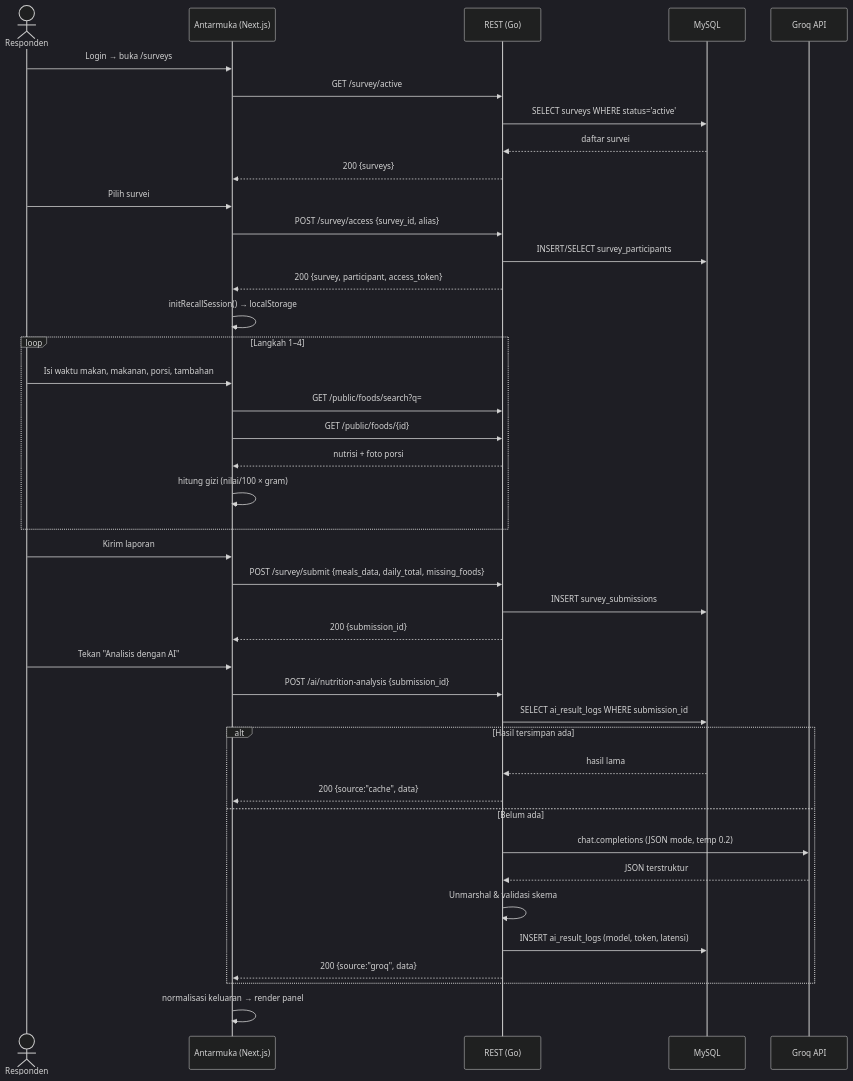
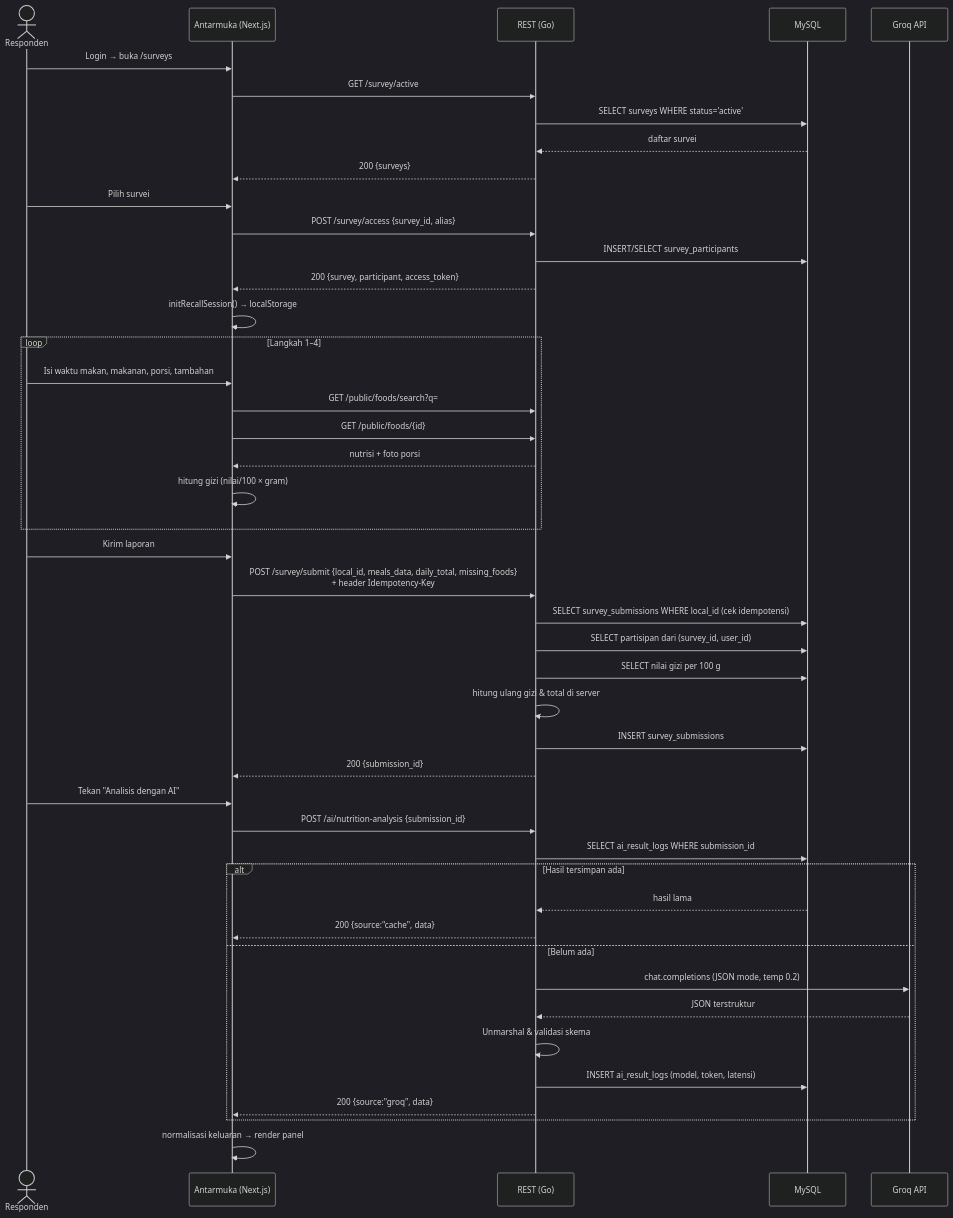
Before and after one commit to Babyhex7/atlas_food_frontend: the sixth of 13 diagrams in docs/Skripsi_Atlas_Food_Bab_1-5.md, drawn with Mermaid (dark theme). The commit also changed other lines of this file and 1 other file, not shown here.

````diff
--- a/docs/Skripsi_Atlas_Food_Bab_1-5.md
+++ b/docs/Skripsi_Atlas_Food_Bab_1-5.md
@@ -741,44 +823,48 @@
 ```mermaid
 sequenceDiagram
     actor R as Responden
     participant FE as Antarmuka (Next.js)
     participant API as REST (Go)
     participant DB as MySQL
     participant AI as Groq API
 
     R->>FE: Login → buka /surveys
     FE->>API: GET /survey/active
     API->>DB: SELECT surveys WHERE status='active'
     DB-->>API: daftar survei
     API-->>FE: 200 {surveys}
     R->>FE: Pilih survei
     FE->>API: POST /survey/access {survey_id, alias}
     API->>DB: INSERT/SELECT survey_participants
     API-->>FE: 200 {survey, participant, access_token}
     FE->>FE: initRecallSession() → localStorage
     loop Langkah 1–4
         R->>FE: Isi waktu makan, makanan, porsi, tambahan
         FE->>API: GET /public/foods/search?q=
         FE->>API: GET /public/foods/{id}
         API-->>FE: nutrisi + foto porsi
         FE->>FE: hitung gizi (nilai/100 × gram)
     end
     R->>FE: Kirim laporan
-    FE->>API: POST /survey/submit {meals_data, daily_total, missing_foods}
+    FE->>API: POST /survey/submit {local_id, meals_data, daily_total, missing_foods}<br/>+ header Idempotency-Key
+    API->>DB: SELECT survey_submissions WHERE local_id (cek idempotensi)
+    API->>DB: SELECT partisipan dari (survey_id, user_id)
+    API->>DB: SELECT nilai gizi per 100 g
+    API->>API: hitung ulang gizi & total di server
     API->>DB: INSERT survey_submissions
     API-->>FE: 200 {submission_id}
     R->>FE: Tekan "Analisis dengan AI"
     FE->>API: POST /ai/nutrition-analysis {submission_id}
     API->>DB: SELECT ai_result_logs WHERE submission_id
     alt Hasil tersimpan ada
         DB-->>API: hasil lama
         API-->>FE: 200 {source:"cache", data}
     else Belum ada
         API->>AI: chat.completions (JSON mode, temp 0.2)
         AI-->>API: JSON terstruktur
         API->>API: Unmarshal & validasi skema
         API->>DB: INSERT ai_result_logs (model, token, latensi)
         API-->>FE: 200 {source:"groq", data}
     end
     FE->>FE: normalisasi keluaran → render panel
 ```
````
